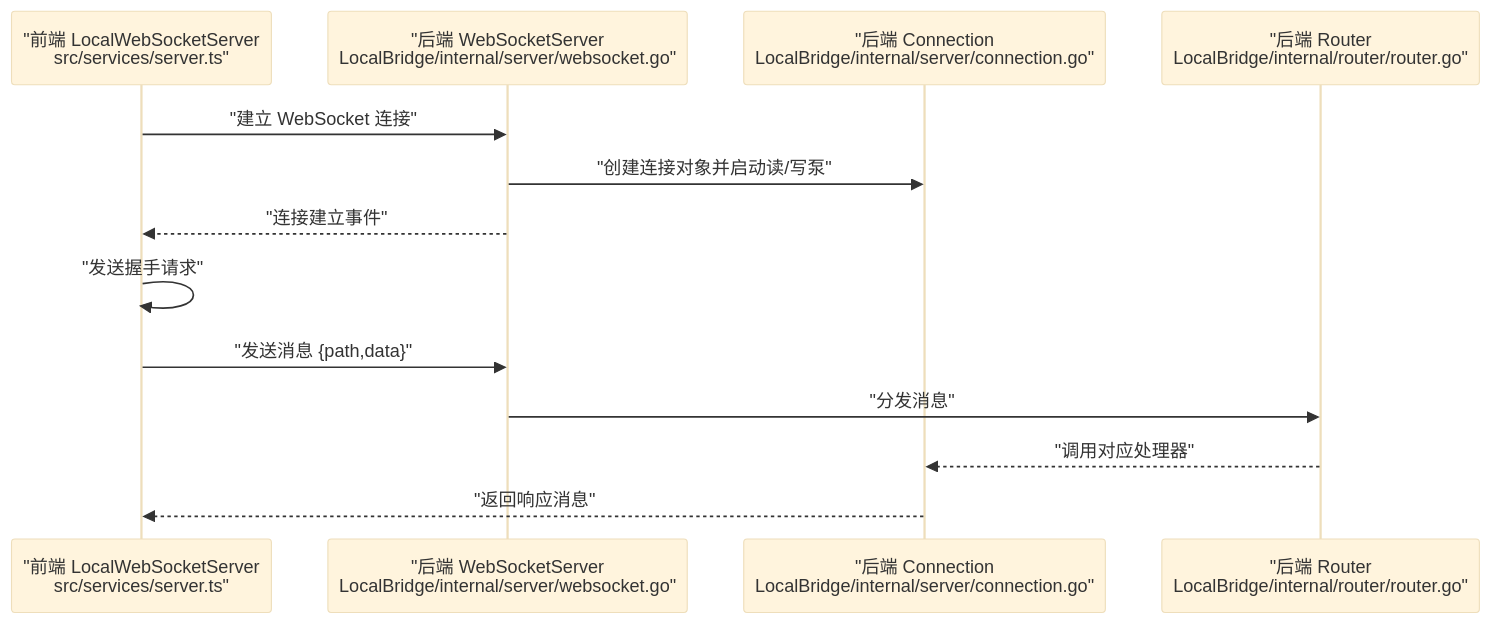
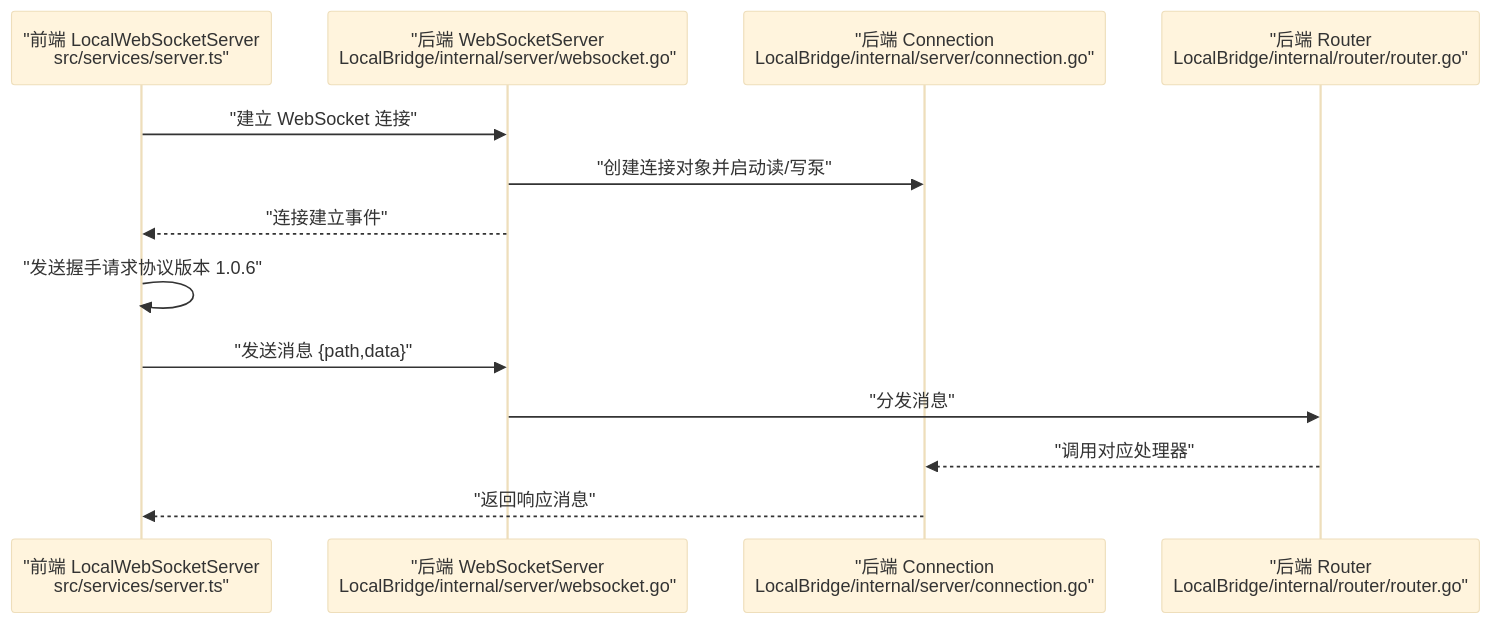
Before and after one commit to kqcoxn/MaaPipelineEditor: the second of 6 diagrams in .qoder/repowiki/zh/content/服务层架构/WebSocket 服务器.md, drawn with Mermaid (base theme). The commit also changed other lines of this file and 37 other files, not shown here.

````diff
--- a/.qoder/repowiki/zh/content/服务层架构/WebSocket 服务器.md
+++ b/.qoder/repowiki/zh/content/服务层架构/WebSocket 服务器.md
@@ -95,15 +110,15 @@
 ```mermaid
 sequenceDiagram
 participant FE as "前端 LocalWebSocketServer<br/>src/services/server.ts"
 participant WS as "后端 WebSocketServer<br/>LocalBridge/internal/server/websocket.go"
 participant CONN as "后端 Connection<br/>LocalBridge/internal/server/connection.go"
 participant RT as "后端 Router<br/>LocalBridge/internal/router/router.go"
 FE->>WS : "建立 WebSocket 连接"
 WS->>CONN : "创建连接对象并启动读/写泵"
 WS-->>FE : "连接建立事件"
-FE->>FE : "发送握手请求"
+FE->>FE : "发送握手请求协议版本 1.0.6"
 FE->>WS : "发送消息 {path,data}"
 WS->>RT : "分发消息"
 RT-->>CONN : "调用对应处理器"
 CONN-->>FE : "返回响应消息"
 ```
````
